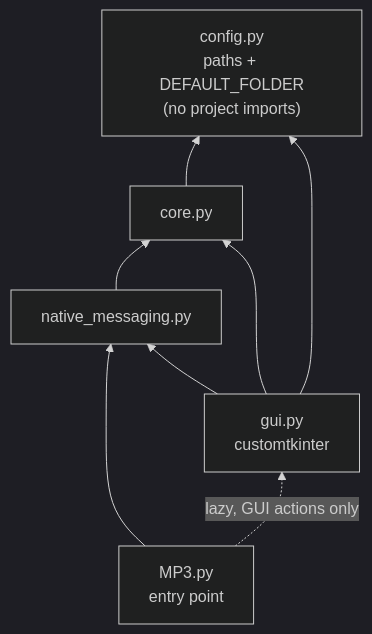
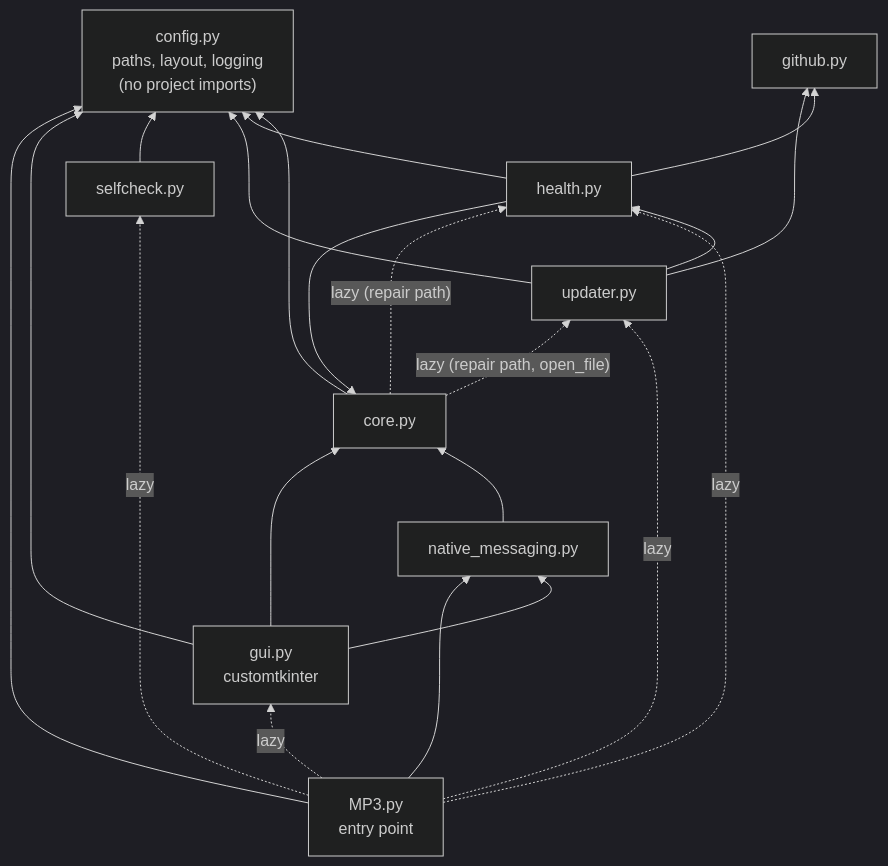
The seventh of 22 diagrams in ARCHITECTURE.md (martin-iflap/YT-MP3-Downloader), drawn with Mermaid (dark theme) before and after one commit. The commit also changed other lines of this file and 20 other files, not shown here.

````diff
--- a/ARCHITECTURE.md
+++ b/ARCHITECTURE.md
@@ -339,16 +412,33 @@
 ```mermaid
 flowchart BT
-    CFG["config.py<br/>paths + DEFAULT_FOLDER<br/>(no project imports)"]
+    CFG["config.py<br/>paths, layout, logging<br/>(no project imports)"]
     CORE["core.py"]
     NM["native_messaging.py"]
+    GH["github.py"]
+    HE["health.py"]
+    UP["updater.py"]
+    SC["selfcheck.py"]
     GUI["gui.py<br/>customtkinter"]
     MP3["MP3.py<br/>entry point"]
 
     CORE --> CFG
     NM --> CORE
+    HE --> CFG
+    HE --> CORE
+    HE --> GH
+    UP --> CFG
+    UP --> GH
+    UP --> HE
+    SC --> CFG
     GUI --> NM
     GUI --> CORE
     GUI --> CFG
     MP3 --> NM
-    MP3 -. "lazy, GUI actions only" .-> GUI
+    MP3 --> CFG
+    MP3 -. "lazy" .-> GUI
+    MP3 -. "lazy" .-> HE
+    MP3 -. "lazy" .-> UP
+    MP3 -. "lazy" .-> SC
+    CORE -. "lazy (repair path, open_file)" .-> UP
+    CORE -. "lazy (repair path)" .-> HE
 ```
````
